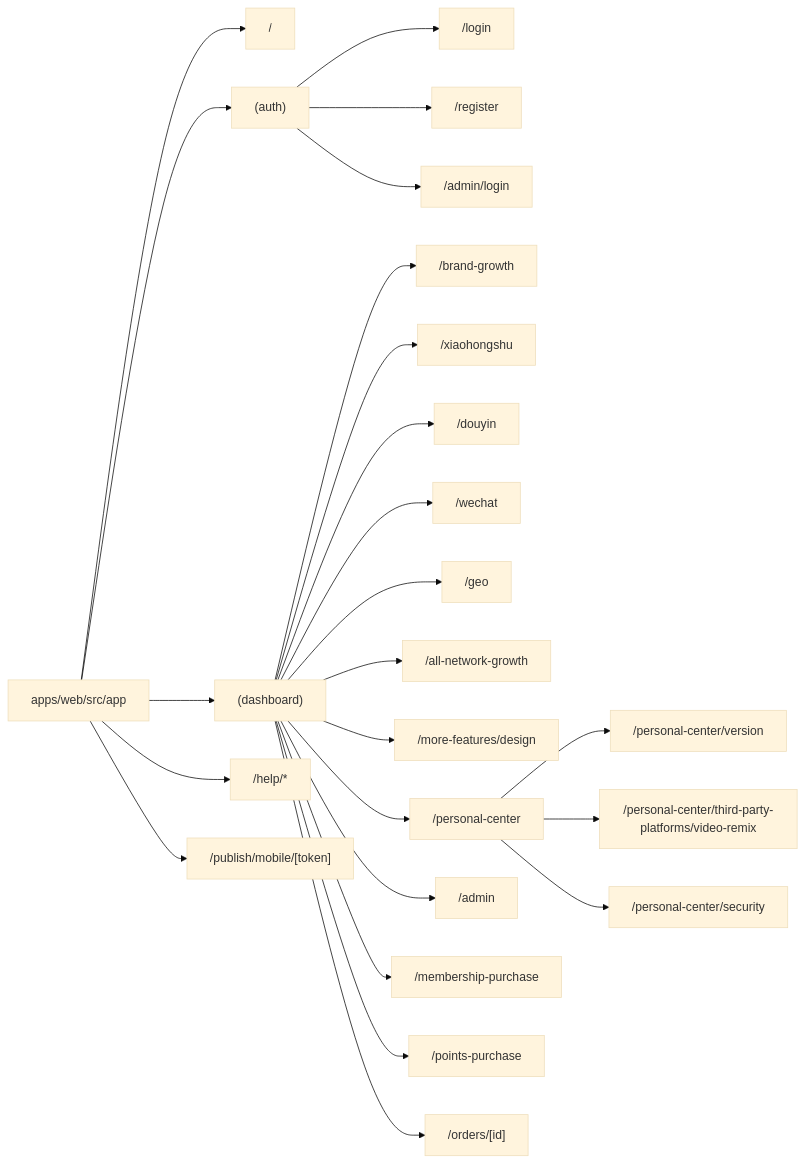
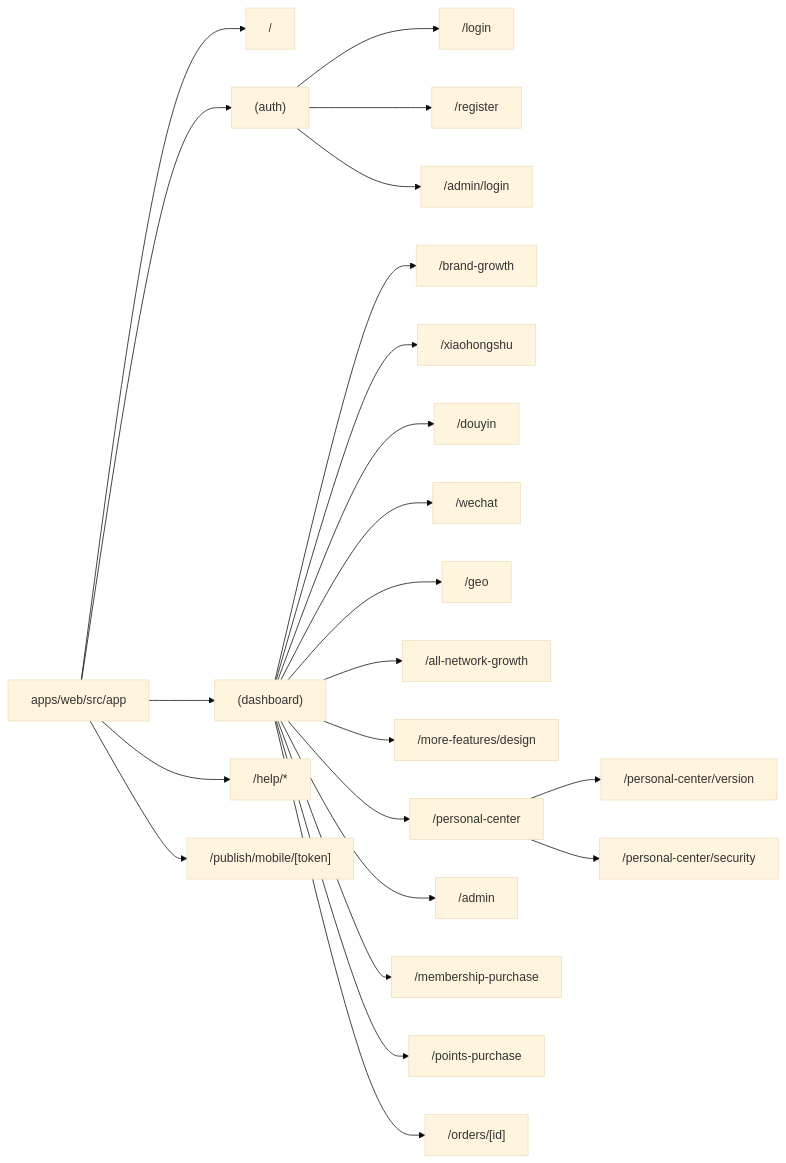
Before and after one commit to Depthukesh/ai-omni-ops-system: the second of 5 diagrams in docs/site-map-mermaid.md, drawn with Mermaid (base theme). The commit also changed other lines of this file and 103 other files, not shown here.

````diff
--- a/docs/site-map-mermaid.md
+++ b/docs/site-map-mermaid.md
@@ -84,30 +84,29 @@
 ```mermaid
 flowchart LR
     Root["apps/web/src/app"]
 
     Root --> Home["/"]
     Root --> Auth["(auth)"]
     Root --> Dash["(dashboard)"]
     Root --> Help["/help/*"]
     Root --> Publish["/publish/mobile/[token]"]
 
     Auth --> Login["/login"]
     Auth --> Register["/register"]
     Auth --> AdminLogin["/admin/login"]
 
     Dash --> BrandGrowth["/brand-growth"]
     Dash --> Xiaohongshu["/xiaohongshu"]
     Dash --> Douyin["/douyin"]
     Dash --> Wechat["/wechat"]
     Dash --> Geo["/geo"]
     Dash --> AllNetworkGrowth["/all-network-growth"]
     Dash --> Design["/more-features/design"]
     Dash --> Personal["/personal-center"]
     Personal --> PersonalVersion["/personal-center/version"]
-    Personal --> PersonalVideoRemix["/personal-center/third-party-platforms/video-remix"]
     Personal --> PersonalSecurity["/personal-center/security"]
     Dash --> Admin["/admin"]
     Dash --> Membership["/membership-purchase"]
     Dash --> Points["/points-purchase"]
     Dash --> OrderDetail["/orders/[id]"]
 ```
````
